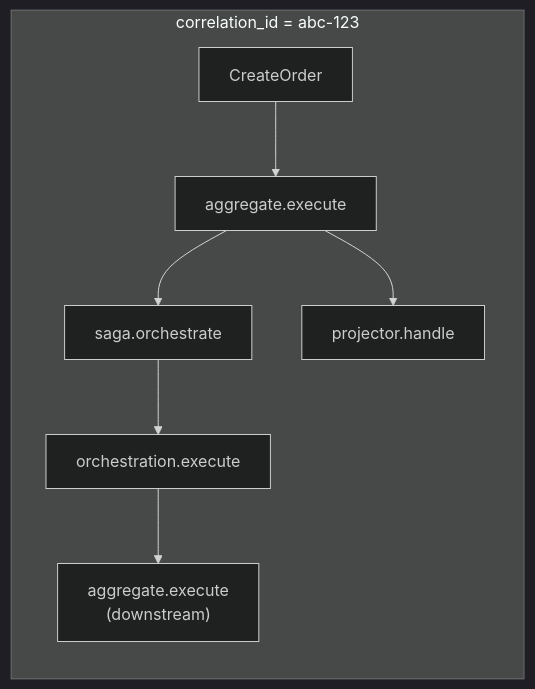
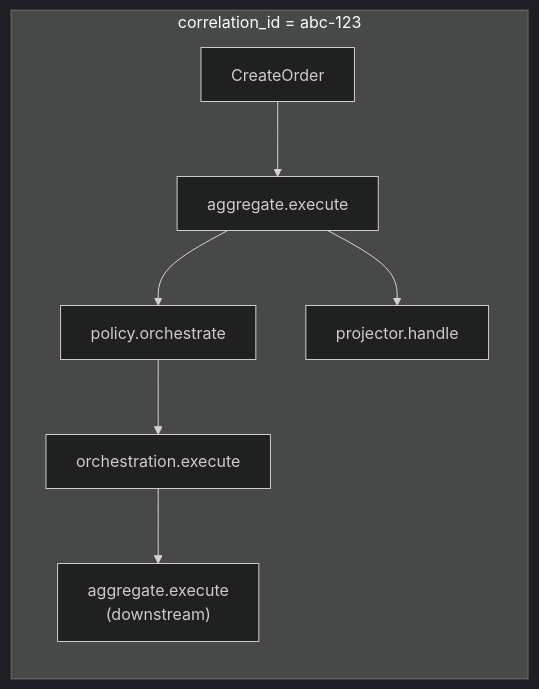
Before and after one commit to angzarr-io/angzarr-project: the second of 2 diagrams in site/src/content/docs/pitch.mdx, drawn with Mermaid (dark theme). The commit also changed other lines of this file and 52 other files, not shown here.

````diff
--- a/site/src/content/docs/pitch.mdx
+++ b/site/src/content/docs/pitch.mdx
@@ -647,10 +642,10 @@
 ```mermaid
 flowchart LR
     subgraph Workflow["correlation_id = abc-123"]
         A["CreateOrder"] --> B["aggregate.execute"]
-        B --> C["saga.orchestrate"]
+        B --> C["policy.orchestrate"]
         C --> D["orchestration.execute"]
         D --> E["aggregate.execute<br/>(downstream)"]
         B --> F["projector.handle"]
     end
 ```
````
